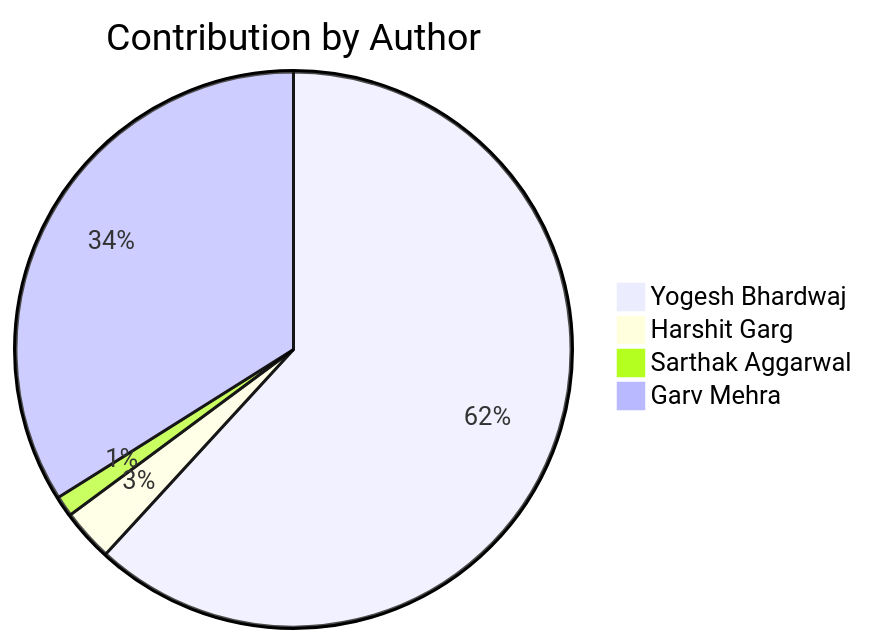
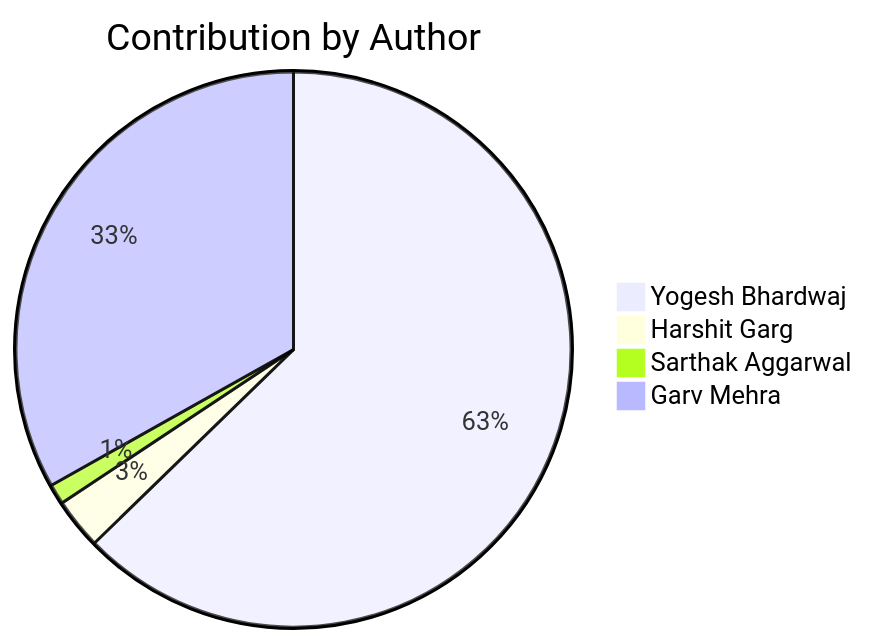
Before and after one commit to Yogesh-Bhardwaj-hue/Scm-Final_2.0: the second of 2 diagrams in README.md, drawn with Mermaid. The commit also changed other lines of this file, not shown here.

Commit message:
Update contribution charts

````diff
--- a/README.md
+++ b/README.md
@@ -192,7 +192,7 @@
 ```mermaid
 pie title Contribution by Author
-    "Yogesh Bhardwaj": 102
+    "Yogesh Bhardwaj": 106
     "Harshit Garg": 5
     "Sarthak Aggarwal": 2
     "Garv Mehra": 56
 ```
````
